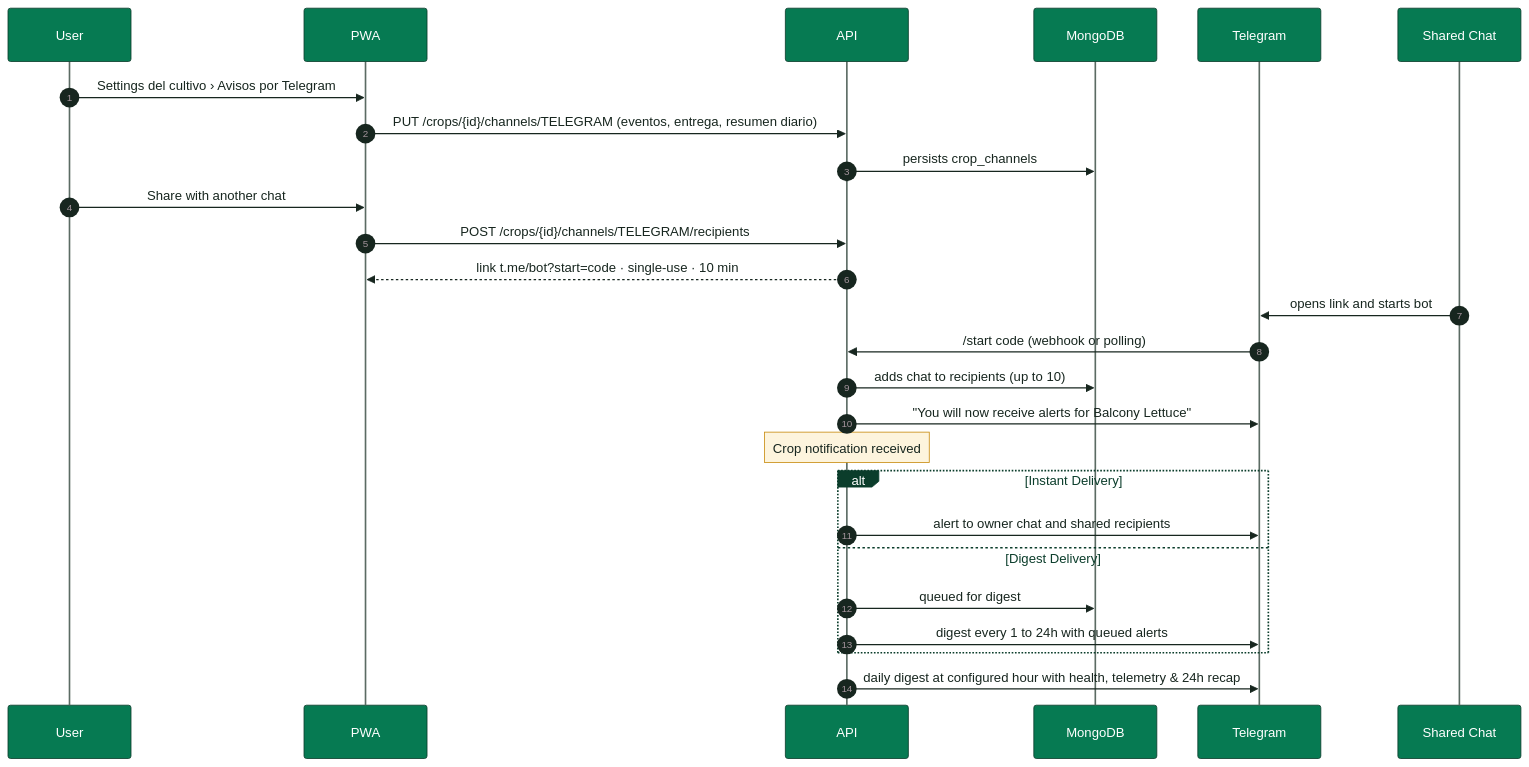
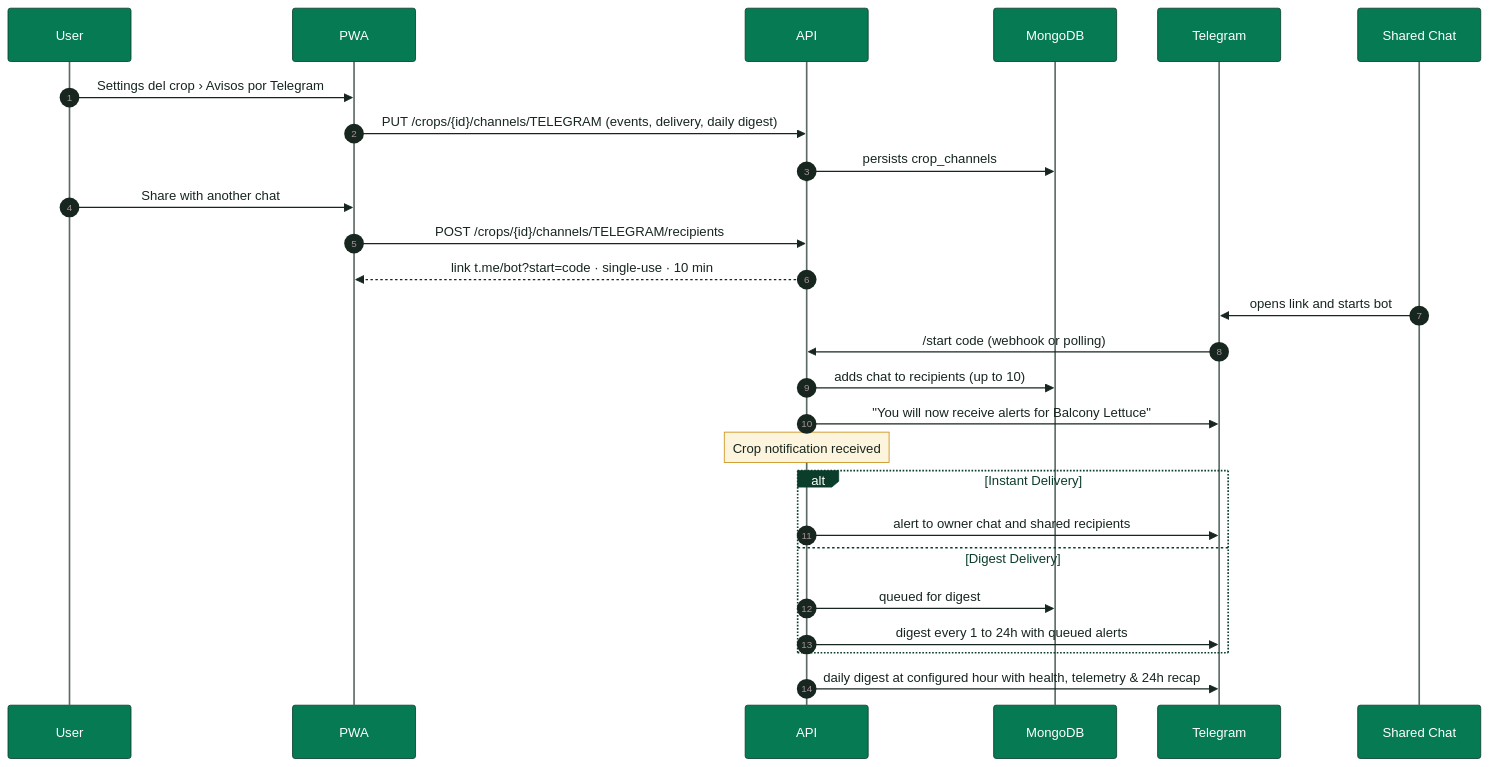
One commit to SmartPotTech/.github changed the tenth of 14 diagrams in docs/SmartPot_Technical_Documentation.md. Above: the diagram before and after it, drawn with Mermaid. The commit also changed other lines of this file and 78 other files, not shown here.

Commit message:
docs(architecture): update and standardize architecture diagrams via archify [skip deploy] #no-deploy

````diff
--- a/docs/SmartPot_Technical_Documentation.md
+++ b/docs/SmartPot_Technical_Documentation.md
@@ -586,29 +586,29 @@
 ```mermaid
 %%{init: {"theme": "base", "fontFamily": "Segoe UI, Arial, sans-serif", "themeVariables": {"fontFamily": "Segoe UI, Arial, sans-serif", "fontSize": "15px", "primaryColor": "#DDF5EA", "primaryTextColor": "#17261F", "primaryBorderColor": "#067A52", "secondaryColor": "#E3F2FB", "secondaryTextColor": "#17261F", "secondaryBorderColor": "#1F6FA0", "tertiaryColor": "#F2F7F4", "tertiaryTextColor": "#17261F", "tertiaryBorderColor": "#D5E3DC", "lineColor": "#5B6B63", "textColor": "#17261F", "mainBkg": "#DDF5EA", "nodeBorder": "#067A52", "clusterBkg": "#F7FAF8", "clusterBorder": "#D5E3DC", "edgeLabelBackground": "#FFFFFF", "actorBkg": "#067A52", "actorBorder": "#0B3D2B", "actorTextColor": "#FFFFFF", "actorLineColor": "#5B6B63", "signalColor": "#17261F", "signalTextColor": "#17261F", "labelBoxBkgColor": "#0B3D2B", "labelBoxBorderColor": "#0B3D2B", "labelTextColor": "#FFFFFF", "loopTextColor": "#0B3D2B", "noteBkgColor": "#FDF4DD", "noteBorderColor": "#C98D12", "noteTextColor": "#17261F", "activationBkgColor": "#DDF5EA", "activationBorderColor": "#067A52", "attributeBackgroundColorOdd": "#FFFFFF", "attributeBackgroundColorEven": "#F2F7F4"}}}%%
 sequenceDiagram
   autonumber
   participant P as User
   participant W as PWA
   participant A as API
   participant D as MongoDB
   participant T as Telegram
   participant C as Shared Chat
-  P->>W: Settings del cultivo › Avisos por Telegram
-  W->>A: PUT /crops/{id}/channels/TELEGRAM (eventos, entrega, resumen diario)
+  P->>W: Settings del crop › Avisos por Telegram
+  W->>A: PUT /crops/{id}/channels/TELEGRAM (events, delivery, daily digest)
   A->>D: persists crop_channels
   P->>W: Share with another chat
   W->>A: POST /crops/{id}/channels/TELEGRAM/recipients
   A-->>W: link t.me/bot?start=code · single-use · 10 min
   C->>T: opens link and starts bot
   T->>A: /start code (webhook or polling)
   A->>D: adds chat to recipients (up to 10)
   A->>T: "You will now receive alerts for Balcony Lettuce"
   Note over A: Crop notification received
   alt Instant Delivery
     A->>T: alert to owner chat and shared recipients
   else Digest Delivery
     A->>D: queued for digest
     A->>T: digest every 1 to 24h with queued alerts
   end
   A->>T: daily digest at configured hour with health, telemetry & 24h recap
 ```
````
